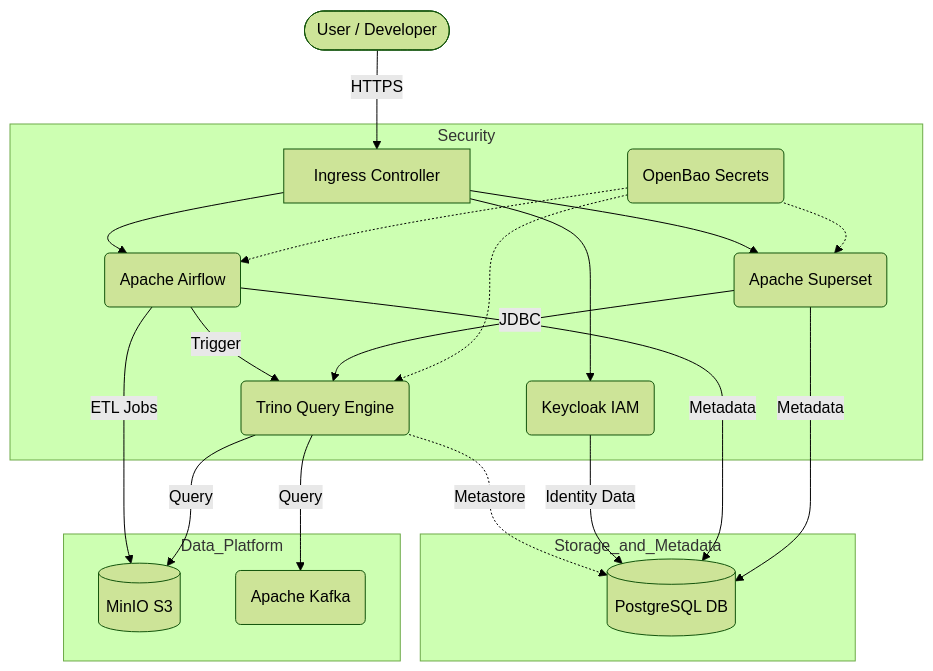
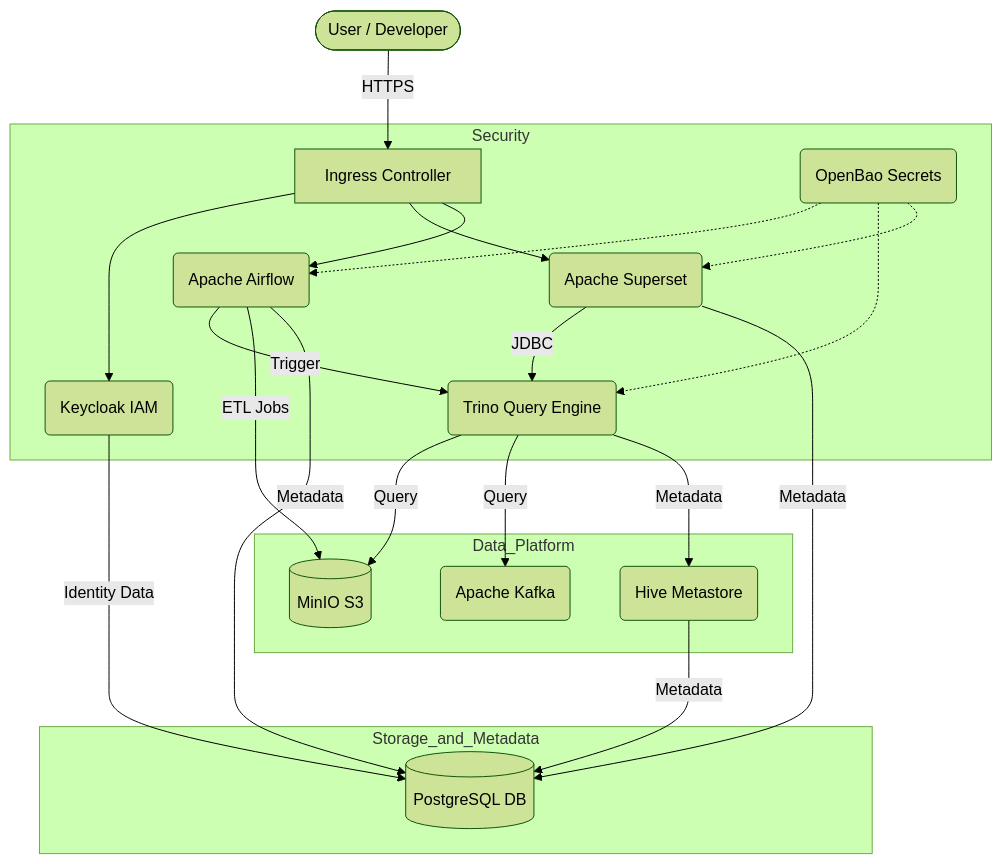
The first of 2 diagrams in README.md (daun-gatal/infra-deployments), drawn with Mermaid (forest theme) before and after one commit. The commit also changed other lines of this file and 7 other files, not shown here.

````diff
--- a/README.md
+++ b/README.md
@@ -11,33 +11,34 @@
 ```mermaid
 graph TD
     User([User / Developer]) -->|HTTPS| Ingress[Ingress Controller]
     
     subgraph Security
         Ingress --> Keycloak(Keycloak IAM)
         OpenBao(OpenBao Secrets) -.-> Airflow
         OpenBao -.-> Trino
         OpenBao -.-> Superset
     end
 
     subgraph Data_Platform
         Ingress --> Superset
         Ingress --> Airflow
         
         Superset(Apache Superset) -->|JDBC| Trino(Trino Query Engine)
         Airflow(Apache Airflow) -->|Trigger| Trino
         
         Trino -->|Query| MinIO[(MinIO S3)]
         Trino -->|Query| Kafka(Apache Kafka)
+        Trino -->|Metadata| HMS(Hive Metastore)
         
         Airflow -->|ETL Jobs| MinIO
     end
 
     subgraph Storage_and_Metadata
         Postgres[(PostgreSQL DB)]
         
         Superset -->|Metadata| Postgres
         Airflow -->|Metadata| Postgres
         Keycloak -->|Identity Data| Postgres
-        Trino -.->|Metastore| Postgres
+        HMS -->|Metadata| Postgres
     end
 ```
````
